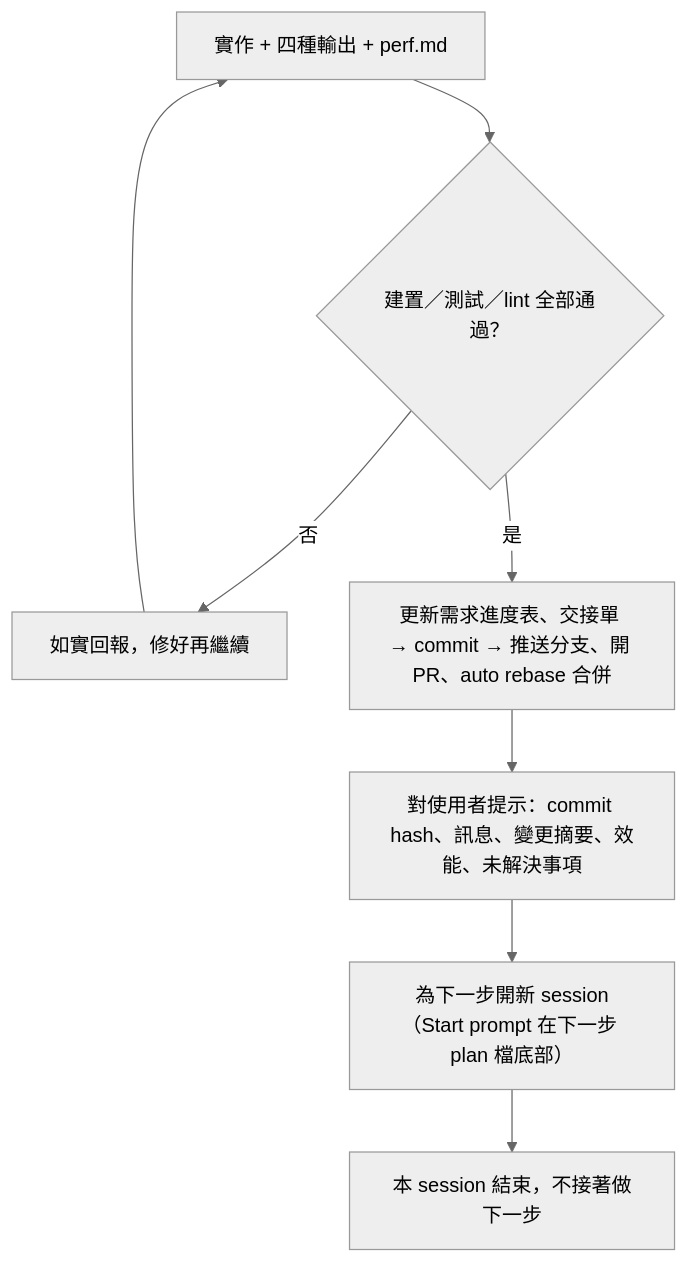
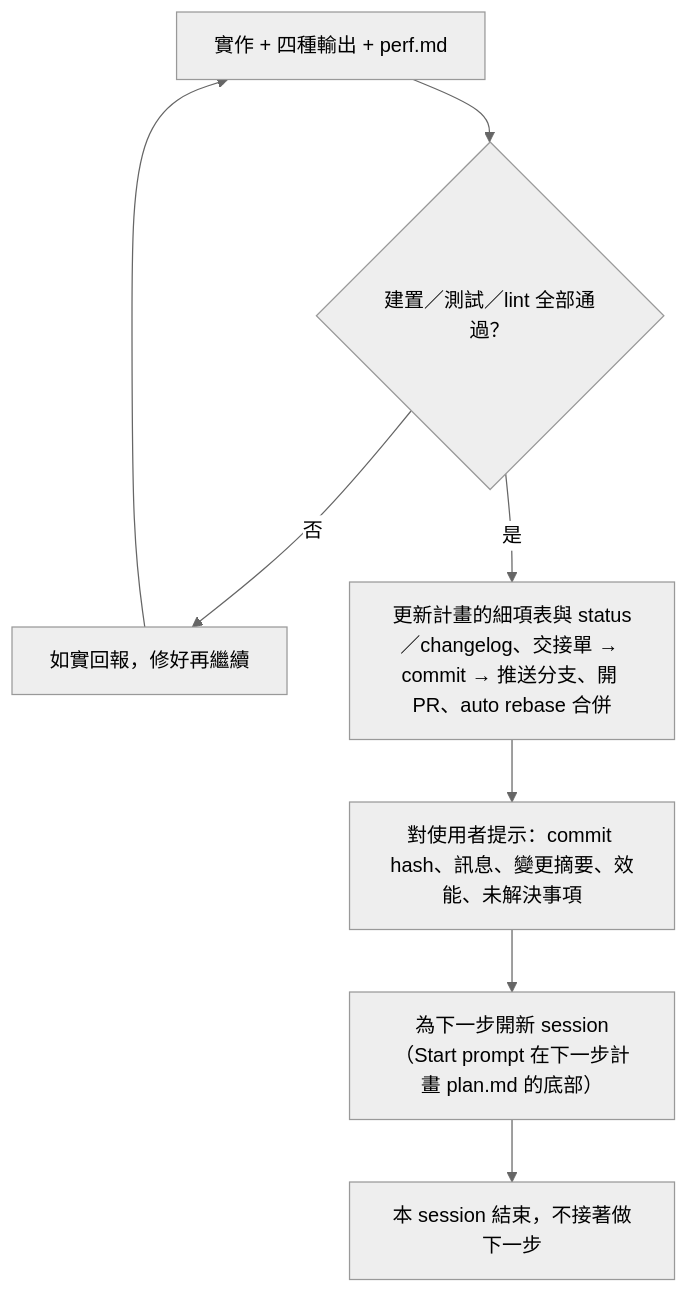
Before and after one commit to chielinHsu/TaskBoardTool: the second of 2 diagrams in docs/00-master-plan.md, drawn with Mermaid (neutral theme). The commit also changed other lines of this file and 42 other files, not shown here.

````diff
--- a/docs/00-master-plan.md
+++ b/docs/00-master-plan.md
@@ -120,9 +120,9 @@
 ```mermaid
 flowchart TD
   A["實作 + 四種輸出 + perf.md"] --> B{"建置／測試／lint 全部通過？"}
   B -- 否 --> C["如實回報，修好再繼續"] --> A
-  B -- 是 --> D["更新需求進度表、交接單 → commit → 推送分支、開 PR、auto rebase 合併"]
+  B -- 是 --> D["更新計畫的細項表與 status／changelog、交接單 → commit → 推送分支、開 PR、auto rebase 合併"]
   D --> E["對使用者提示：commit hash、訊息、變更摘要、效能、未解決事項"]
-  E --> F["為下一步開新 session（Start prompt 在下一步 plan 檔底部）"]
+  E --> F["為下一步開新 session（Start prompt 在下一步計畫 plan.md 的底部）"]
   F --> G["本 session 結束，不接著做下一步"]
 ```
````
